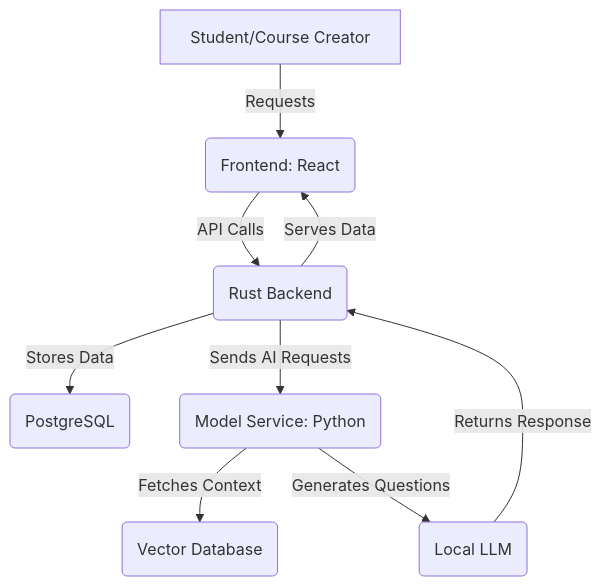
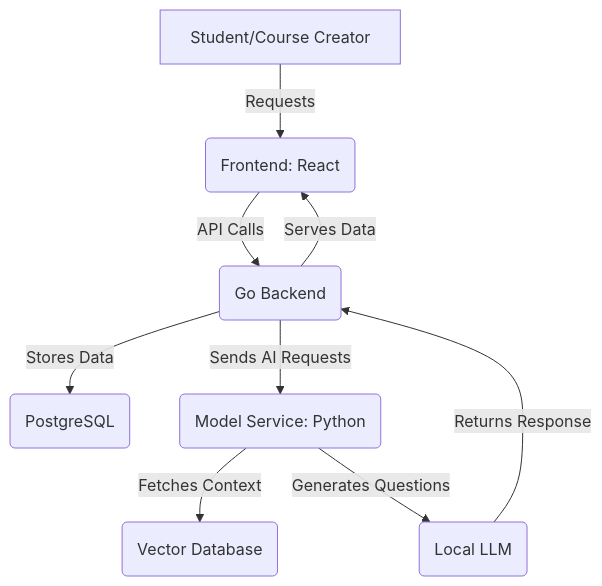
Before and after one commit to chiramlittleton/exam_mentor: the diagram in README.md, drawn with Mermaid.

Commit message:
Changed from rust to go

````diff
--- a/README.md
+++ b/README.md
@@ -98,11 +98,11 @@
 ```mermaid
 graph TD
   A[Student/Course Creator] -->|Requests| B(Frontend: React)
-  B -->|API Calls| C(Rust Backend)
+  B -->|API Calls| C(Go Backend)
   C -->|Stores Data| D(PostgreSQL)
   C -->|Sends AI Requests| E(Model Service: Python)
   E -->|Fetches Context| F(Vector Database)
   E -->|Generates Questions| G(Local LLM)
   G -->|Returns Response| C
   C -->|Serves Data| B
 ```
````
